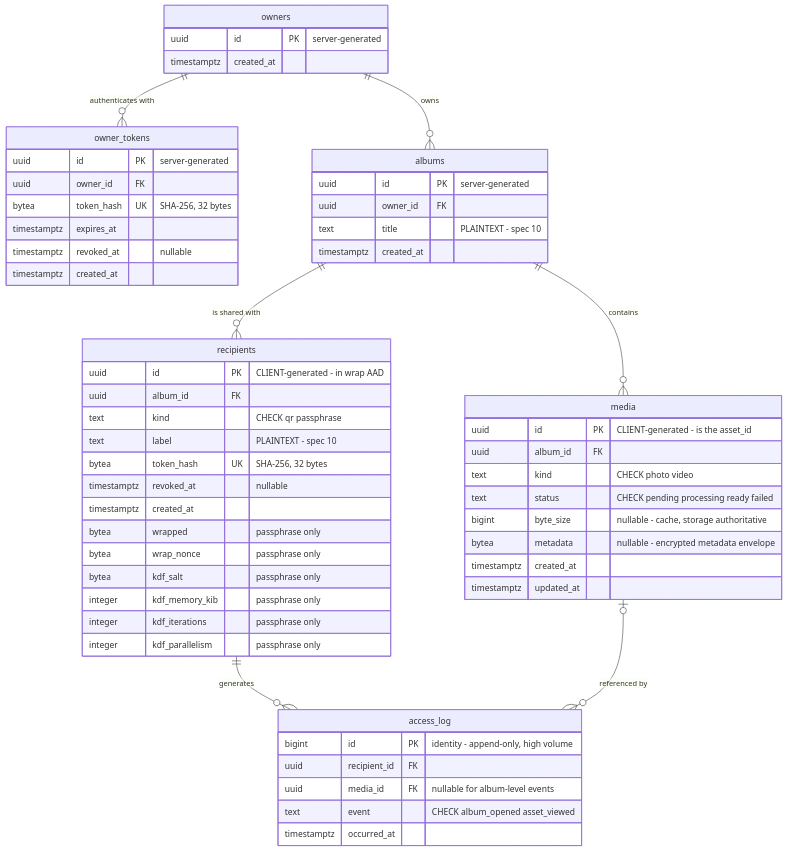
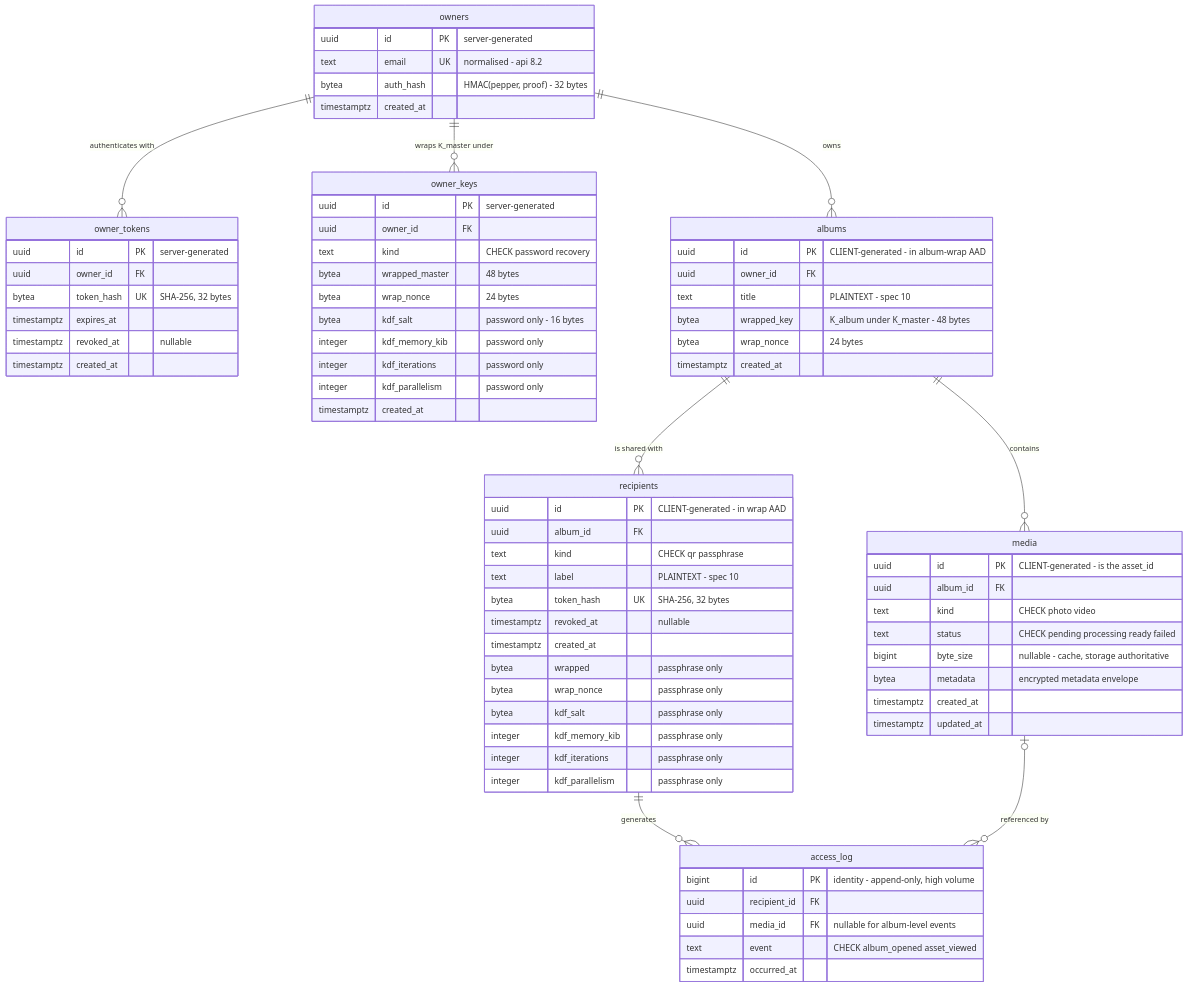
Before and after one commit to gonzalogarahuetes/vitrina: the diagram in spec/vitrina-schema.md, drawn with Mermaid. The commit also changed other lines of this file, not shown here.

Commit message:
docs(spec): update schema with changes from Phase 1 migration

````diff
--- a/spec/vitrina-schema.md
+++ b/spec/vitrina-schema.md
@@ -35,6 +35,7 @@
 ```mermaid
 erDiagram
     owners ||--o{ owner_tokens : "authenticates with"
+    owners ||--o{ owner_keys : "wraps K_master under"
     owners ||--o{ albums : owns
     albums ||--o{ media : contains
     albums ||--o{ recipients : "is shared with"
@@ -43,6 +44,21 @@
 
     owners {
         uuid id PK "server-generated"
+        text email UK "normalised - api 8.2"
+        bytea auth_hash "HMAC(pepper, proof) - 32 bytes"
+        timestamptz created_at
+    }
+
+    owner_keys {
+        uuid id PK "server-generated"
+        uuid owner_id FK
+        text kind "CHECK password recovery"
+        bytea wrapped_master "48 bytes"
+        bytea wrap_nonce "24 bytes"
+        bytea kdf_salt "password only - 16 bytes"
+        integer kdf_memory_kib "password only"
+        integer kdf_iterations "password only"
+        integer kdf_parallelism "password only"
         timestamptz created_at
     }
 
@@ -56,9 +72,11 @@
     }
 
     albums {
-        uuid id PK "server-generated"
+        uuid id PK "CLIENT-generated - in album-wrap AAD"
         uuid owner_id FK
         text title "PLAINTEXT - spec 10"
+        bytea wrapped_key "K_album under K_master - 48 bytes"
+        bytea wrap_nonce "24 bytes"
         timestamptz created_at
     }
 
@@ -68,7 +86,7 @@
         text kind "CHECK photo video"
         text status "CHECK pending processing ready failed"
         bigint byte_size "nullable - cache, storage authoritative"
-        bytea metadata "nullable - encrypted metadata envelope"
+        bytea metadata "encrypted metadata envelope"
         timestamptz created_at
         timestamptz updated_at
     }
````
